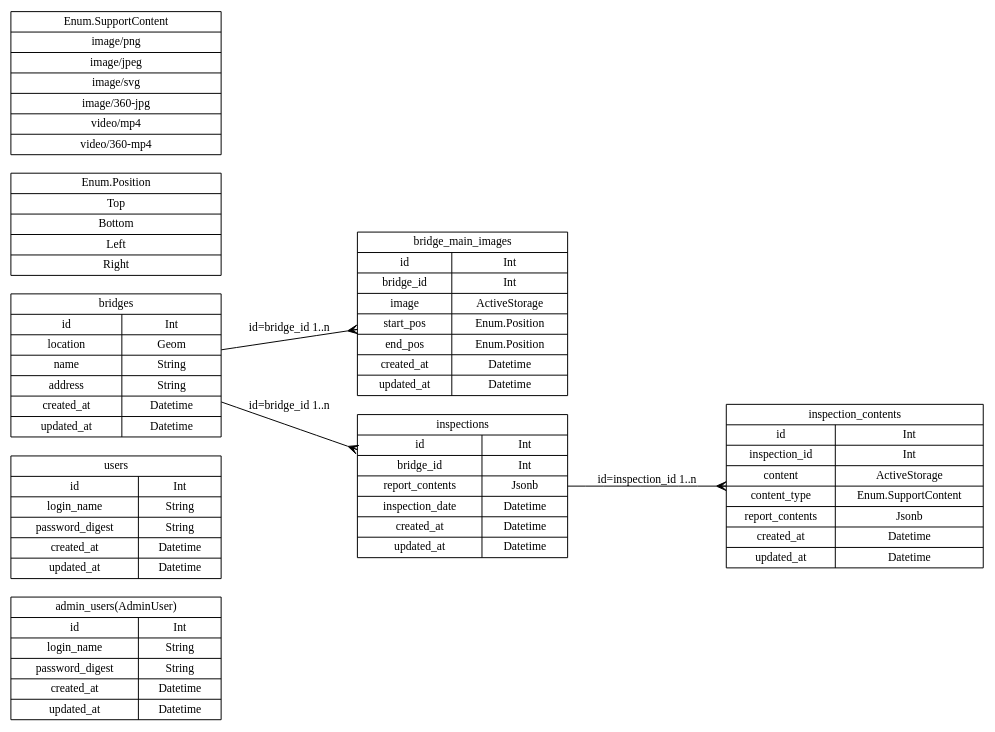
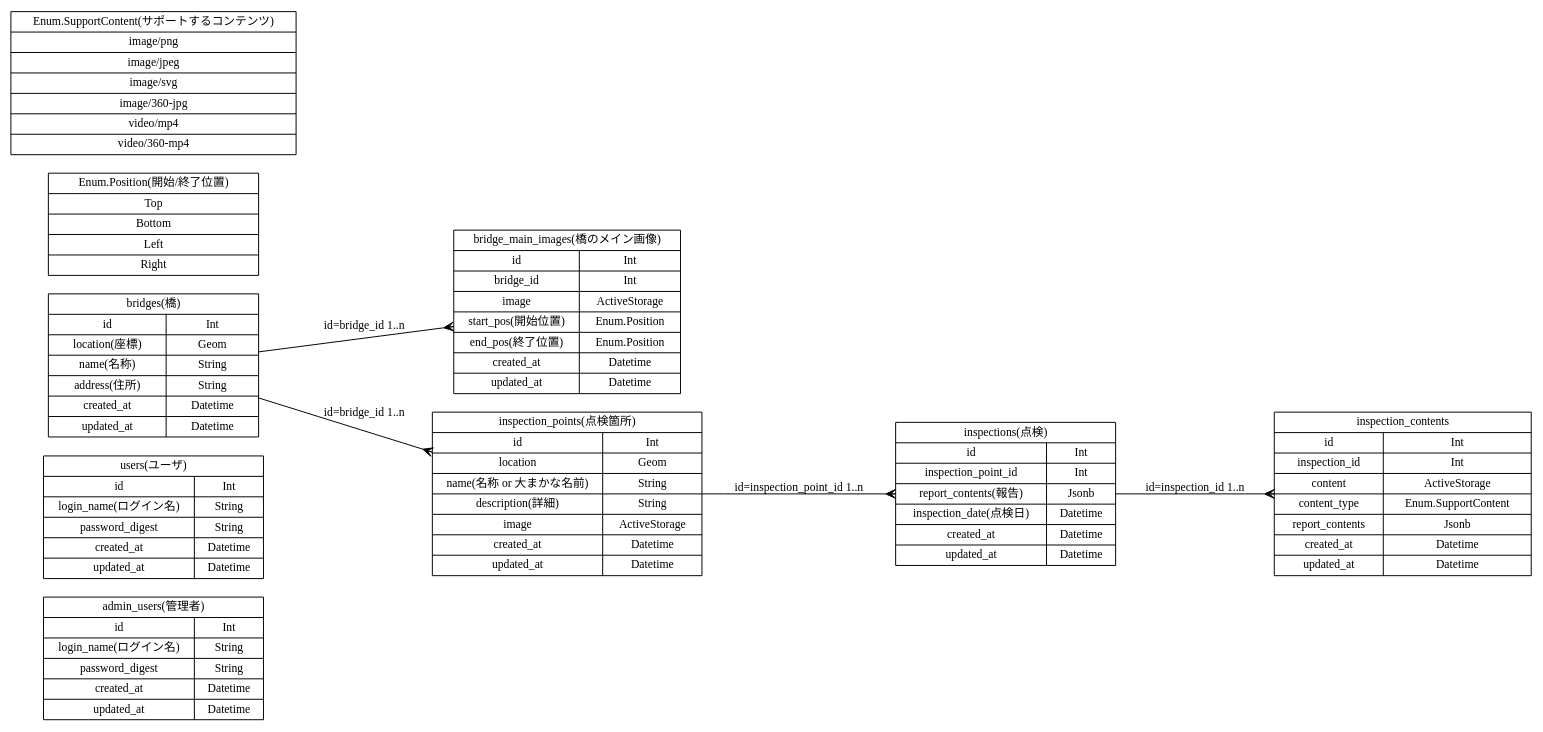
Before and after one commit to ha4db/ha4db: the diagram in doc/er.dot, drawn with Graphviz.

Commit message:
#10 insert inspection_points table, added japanese

```diff
--- a/doc/er.dot
+++ b/doc/er.dot
@@ -1,28 +1,31 @@
 digraph models {
   // general settings
   graph [rankdir=LR]; // draw graph from left to right
   node [shape=record, fontsize=12, width=3.0]; // fixed font size
   edge [arrowhead=crow, fontsize=12]; // ER diagram
 
   // nodes
-  admin_users [label="admin_users(AdminUser)|{{id|login_name|password_digest|created_at|updated_at}|{Int|String|String|Datetime|Datetime}}"];
+  admin_users [label="admin_users(管理者)|{{id|login_name(ログイン名)|password_digest|created_at|updated_at}|{Int|String|String|Datetime|Datetime}}"];
 
-  users [label="users|{{id|login_name|password_digest|created_at|updated_at}|{Int|String|String|Datetime|Datetime}}"];
+  users [label="users(ユーザ)|{{id|login_name(ログイン名)|password_digest|created_at|updated_at}|{Int|String|String|Datetime|Datetime}}"];
 
-  bridges [label="bridges|{{id|location|name|address|created_at|updated_at}|{Int|Geom|String|String|Datetime|Datetime}}"];
+  bridges [label="bridges(橋)|{{id|location(座標)|name(名称)|address(住所)|created_at|updated_at}|{Int|Geom|String|String|Datetime|Datetime}}"];
 
-  bridge_main_images [label="bridge_main_images|{{id|bridge_id|image|start_pos|end_pos|created_at|updated_at}|{Int|Int|ActiveStorage|Enum.Position|Enum.Position|Datetime|Datetime}}"];
+  bridge_main_images [label="bridge_main_images(橋のメイン画像)|{{id|bridge_id|image|start_pos(開始位置)|end_pos(終了位置)|created_at|updated_at}|{Int|Int|ActiveStorage|Enum.Position|Enum.Position|Datetime|Datetime}}"];
 
-  inspections [label="inspections|{{id|bridge_id|report_contents|inspection_date|created_at|updated_at}|{Int|Int|Jsonb|Datetime|Datetime|Datetime}}"];
+  inspection_points [label="inspection_points(点検箇所)|{{id|location|name(名称 or 大まかな名前)|description(詳細)|image|created_at|updated_at}|{Int|Geom|String|String|ActiveStorage|Datetime|Datetime}}"]
+
+  inspections [label="inspections(点検)|{{id|inspection_point_id|report_contents(報告)|inspection_date(点検日)|created_at|updated_at}|{Int|Int|Jsonb|Datetime|Datetime|Datetime}}"];
 
   inspection_contents [label="inspection_contents|{{id|inspection_id|content|content_type|report_contents|created_at|updated_at}|{Int|Int|ActiveStorage|Enum.SupportContent|Jsonb|Datetime|Datetime}}"];
 
   // enum
-  enum_position [label="Enum.Position|{{Top|Bottom|Left|Right}}"];
-  enum_support_contents [label="Enum.SupportContent|{{image/png|image/jpeg|image/svg|image/360-jpg|video/mp4|video/360-mp4}}"];
+  enum_position [label="Enum.Position(開始/終了位置)|{{Top|Bottom|Left|Right}}"];
+  enum_support_contents [label="Enum.SupportContent(サポートするコンテンツ)|{{image/png|image/jpeg|image/svg|image/360-jpg|video/mp4|video/360-mp4}}"];
 
   // edges
   bridges -> bridge_main_images [label="id=bridge_id 1..n"];
-  bridges -> inspections [label="id=bridge_id 1..n"];
+  bridges -> inspection_points [label="id=bridge_id 1..n"];
+  inspection_points -> inspections [label="id=inspection_point_id 1..n"];
   inspections -> inspection_contents [label="id=inspection_id 1..n"];
 }
```
